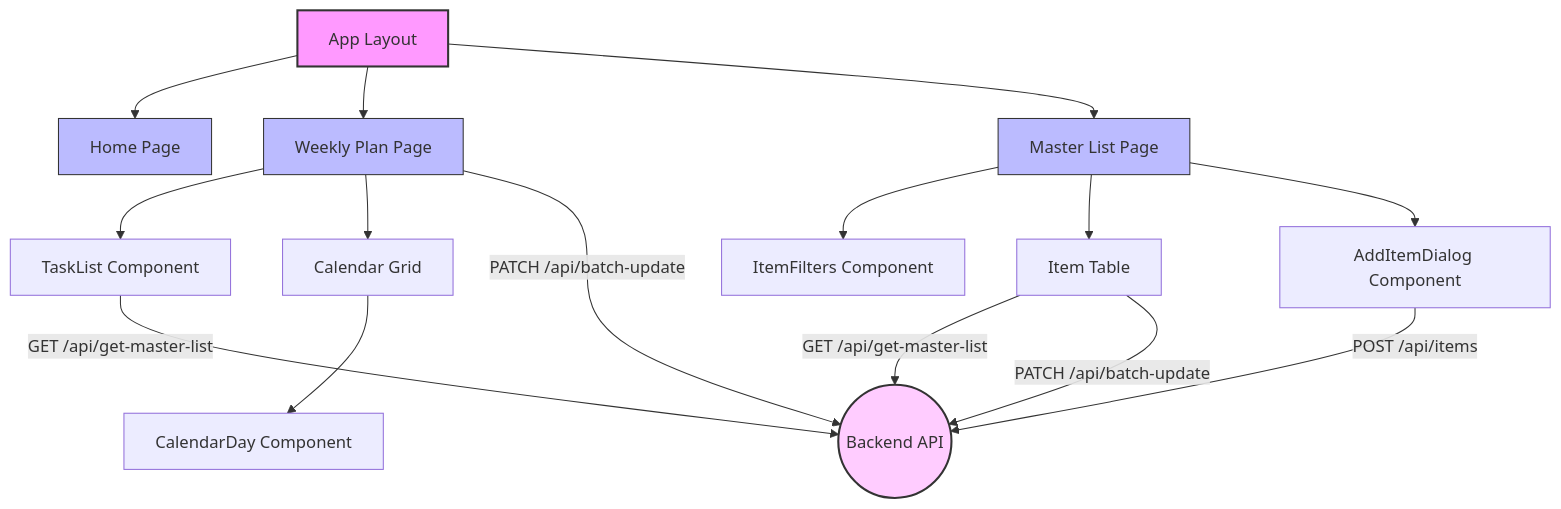
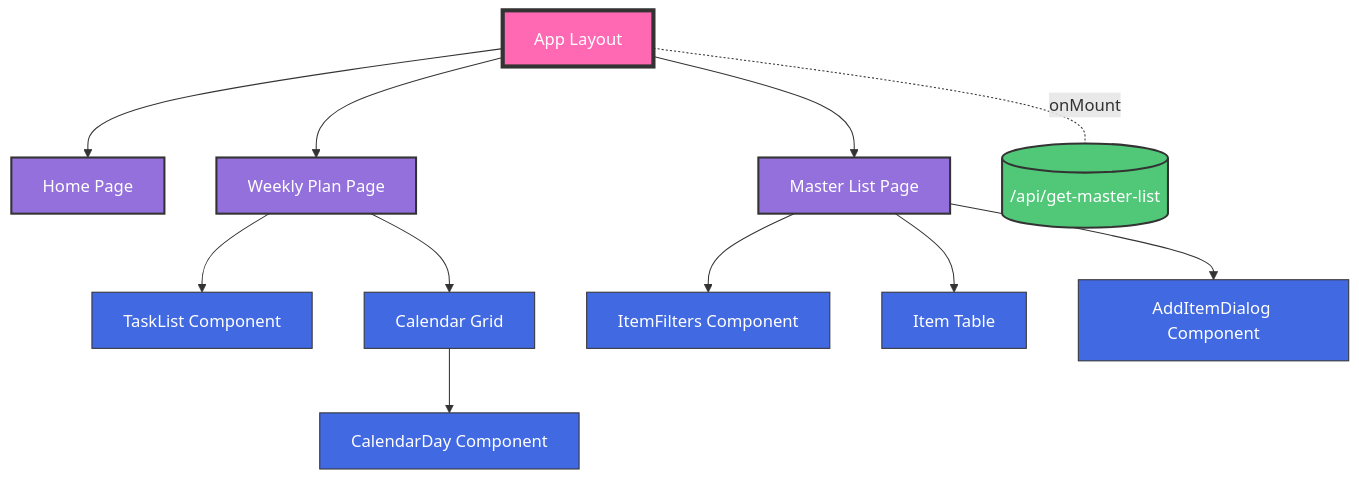
Before and after one commit to DanGiannone1/life_manager: the diagram in design_document.md, drawn with Mermaid.

Commit message:
updated mermaid

````diff
--- a/design_document.md
+++ b/design_document.md
@@ -16,30 +16,40 @@
 ```mermaid
 graph TD
+    %% Core Layout
     App[App Layout] --> Home[Home Page]
     App --> Weekly[Weekly Plan Page]
     App --> Master[Master List Page]
     
     %% Weekly Plan Components
     Weekly --> WP_TaskList[TaskList Component]
     Weekly --> WP_Calendar[Calendar Grid]
     WP_Calendar --> WP_CalendarDay[CalendarDay Component]
     
     %% Master List Components
     Master --> ML_Filters[ItemFilters Component]
     Master --> ML_Table[Item Table]
     Master --> ML_AddDialog[AddItemDialog Component]
     
-    %% API Calls
-    WP_TaskList -- GET /api/get-master-list --> API((Backend API))
-    Weekly -- PATCH /api/batch-update --> API
-    ML_Table -- GET /api/get-master-list --> API
-    ML_Table -- PATCH /api/batch-update --> API
-    ML_AddDialog -- POST /api/items --> API
+    %% API Endpoint - Using a smaller circle representation
+    API[(/api/get-master-list)]
     
-    %% Styling
-    style App fill:#f9f,stroke:#333,stroke-width:2px
-    style Home fill:#bbf,stroke:#333,stroke-width:1px
-    style Weekly fill:#bbf,stroke:#333,stroke-width:1px
-    style Master fill:#bbf,stroke:#333,stroke-width:1px
-    style API fill:#fcf,stroke:#333,stroke-width:2px
+    %% Single API Call from App Layout
+    App -.-|onMount| API
+    
+    %% Styling - Pages get a distinct fill color, components get a different fill
+    style App fill:#FF69B4,stroke:#333,stroke-width:4px,color:white
+    style Home fill:#9370DB,stroke:#333,stroke-width:2px,color:white
+    style Weekly fill:#9370DB,stroke:#333,stroke-width:2px,color:white
+    style Master fill:#9370DB,stroke:#333,stroke-width:2px,color:white
+    
+    %% Component styling
+    style WP_TaskList fill:#4169E1,stroke:#333,stroke-width:1px,color:white
+    style WP_Calendar fill:#4169E1,stroke:#333,stroke-width:1px,color:white
+    style WP_CalendarDay fill:#4169E1,stroke:#333,stroke-width:1px,color:white
+    style ML_Filters fill:#4169E1,stroke:#333,stroke-width:1px,color:white
+    style ML_Table fill:#4169E1,stroke:#333,stroke-width:1px,color:white
+    style ML_AddDialog fill:#4169E1,stroke:#333,stroke-width:1px,color:white
+    
+    %% API styling
+    style API fill:#50C878,stroke:#333,stroke-width:2px,color:white
 ```
````
